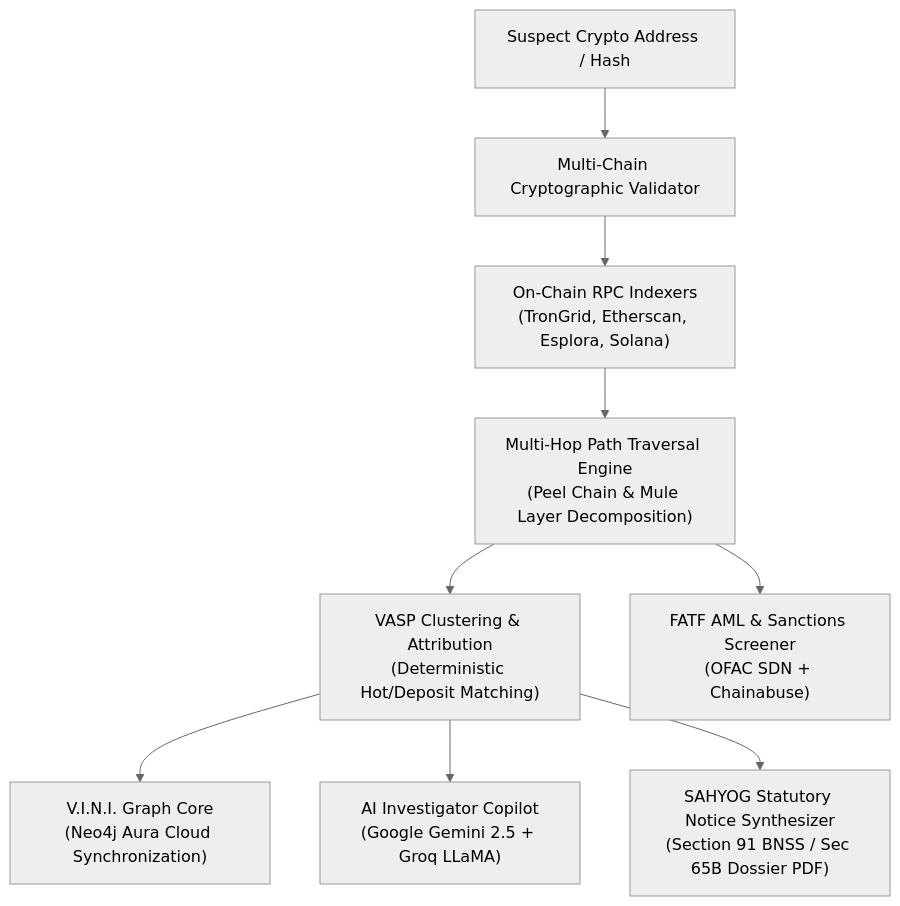
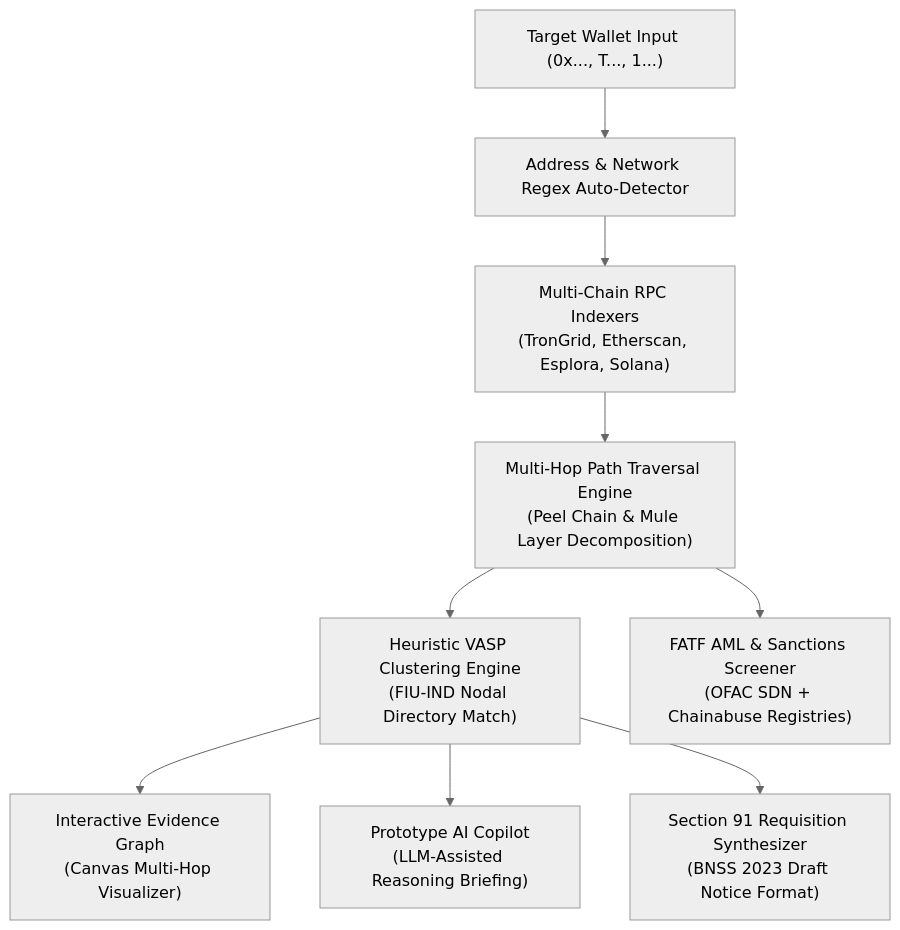
One commit to Shakyavinit/tracex-sahyog changed the second of 2 diagrams in README.md. Above: the diagram before and after it, drawn with Mermaid (neutral theme). The commit also changed other lines of this file and 3 other files, not shown here.

Commit message:
refactor(sih): Ground terminology, add LEA disclaimers, limitations, and professional investigator flow for SIH26182

````diff
--- a/README.md
+++ b/README.md
@@ -60,11 +149,11 @@
 ```mermaid
 flowchart TD
-    A["Suspect Crypto Address / Hash"] --> B["Multi-Chain Cryptographic Validator"]
-    B --> C["On-Chain RPC Indexers<br/>(TronGrid, Etherscan, Esplora, Solana)"]
+    A["Target Wallet Input (0x..., T..., 1...)"] --> B["Address & Network Regex Auto-Detector"]
+    B --> C["Multi-Chain RPC Indexers<br/>(TronGrid, Etherscan, Esplora, Solana)"]
     C --> D["Multi-Hop Path Traversal Engine<br/>(Peel Chain & Mule Layer Decomposition)"]
-    D --> E["VASP Clustering & Attribution<br/>(Deterministic Hot/Deposit Matching)"]
-    D --> F["FATF AML & Sanctions Screener<br/>(OFAC SDN + Chainabuse)"]
-    E --> G["V.I.N.I. Graph Core<br/>(Neo4j Aura Cloud Synchronization)"]
-    E --> H["AI Investigator Copilot<br/>(Google Gemini 2.5 + Groq LLaMA)"]
-    E --> I["SAHYOG Statutory Notice Synthesizer<br/>(Section 91 BNSS / Sec 65B Dossier PDF)"]
+    D --> E["Heuristic VASP Clustering Engine<br/>(FIU-IND Nodal Directory Match)"]
+    D --> F["FATF AML & Sanctions Screener<br/>(OFAC SDN + Chainabuse Registries)"]
+    E --> G["Interactive Evidence Graph<br/>(Canvas Multi-Hop Visualizer)"]
+    E --> H["Prototype AI Copilot<br/>(LLM-Assisted Reasoning Briefing)"]
+    E --> I["Section 91 Requisition Synthesizer<br/>(BNSS 2023 Draft Notice Format)"]
 ```
````
